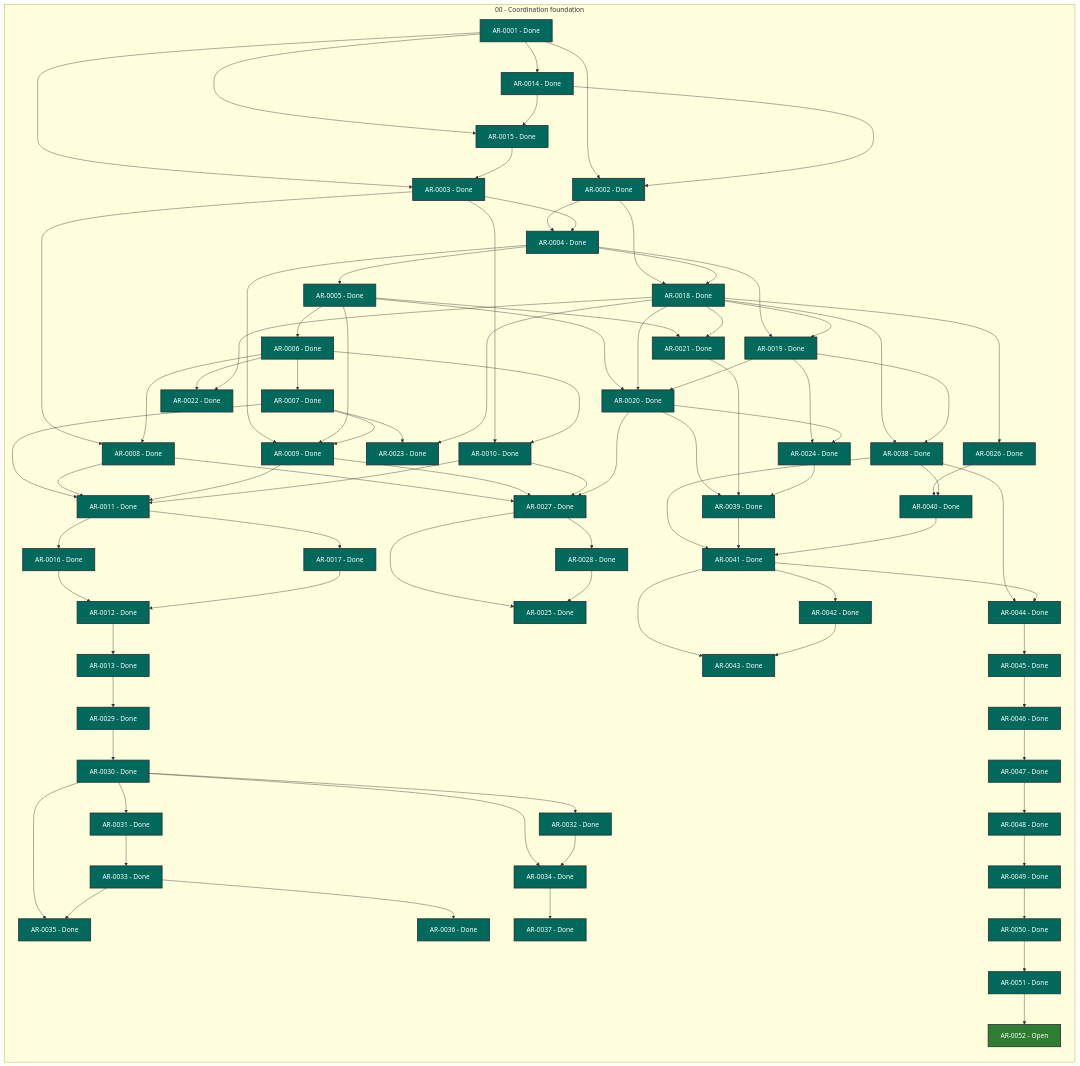
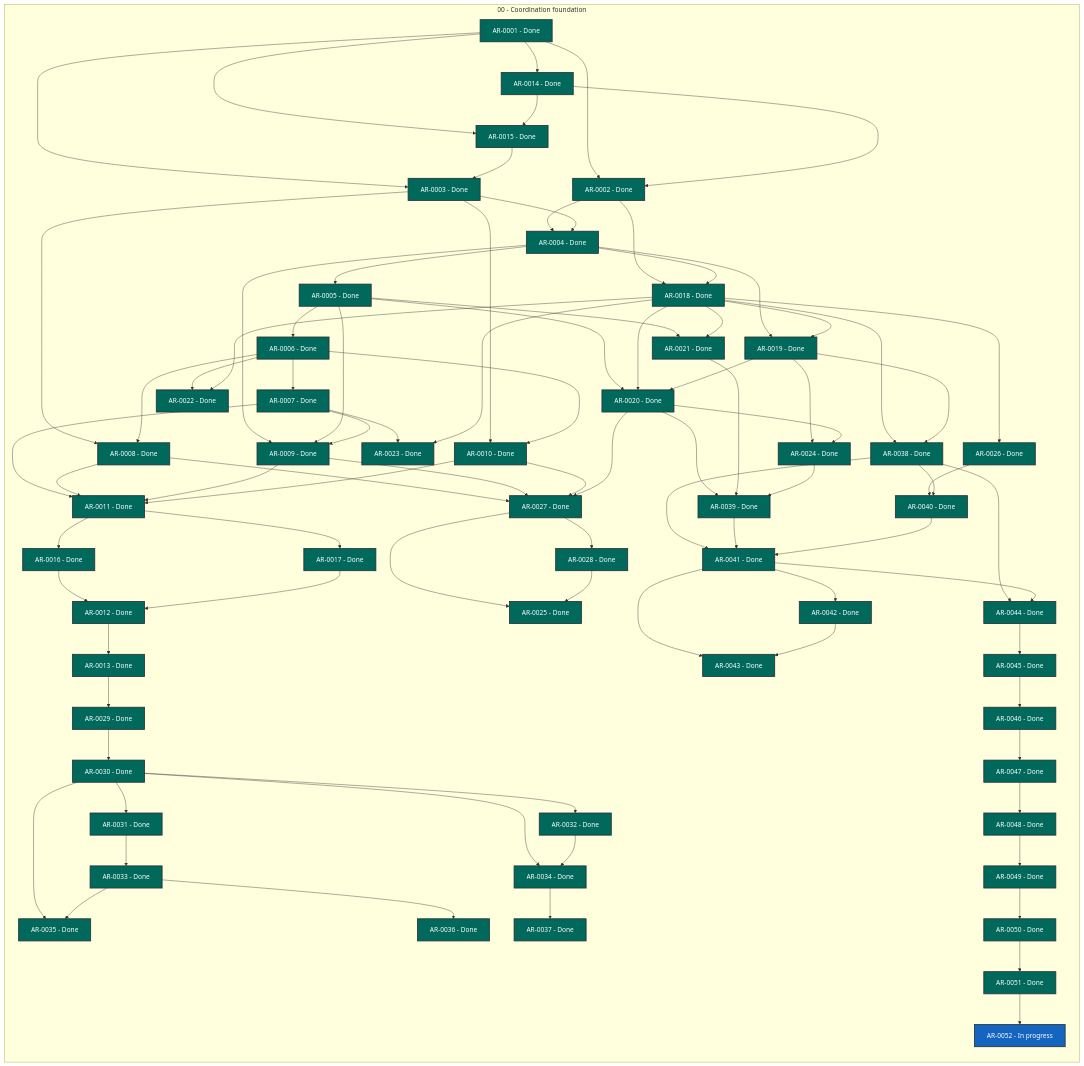
The diagram in STATUS.md (martin-beck/agent-workflow-tui-state), drawn with Mermaid before and after one commit. The commit also changed other lines of this file and 2 other files, not shown here.

```diff
--- a/STATUS.md
+++ b/STATUS.md
@@ -79,7 +79,7 @@
         AR_0049["AR-0049 - Done"]:::status_done
         AR_0050["AR-0050 - Done"]:::status_done
         AR_0051["AR-0051 - Done"]:::status_done
-        AR_0052["AR-0052 - Open"]:::status_open
+        AR_0052["AR-0052 - In progress"]:::status_in_progress
     end
     AR_0001 --> AR_0002
     AR_0001 --> AR_0003
```
